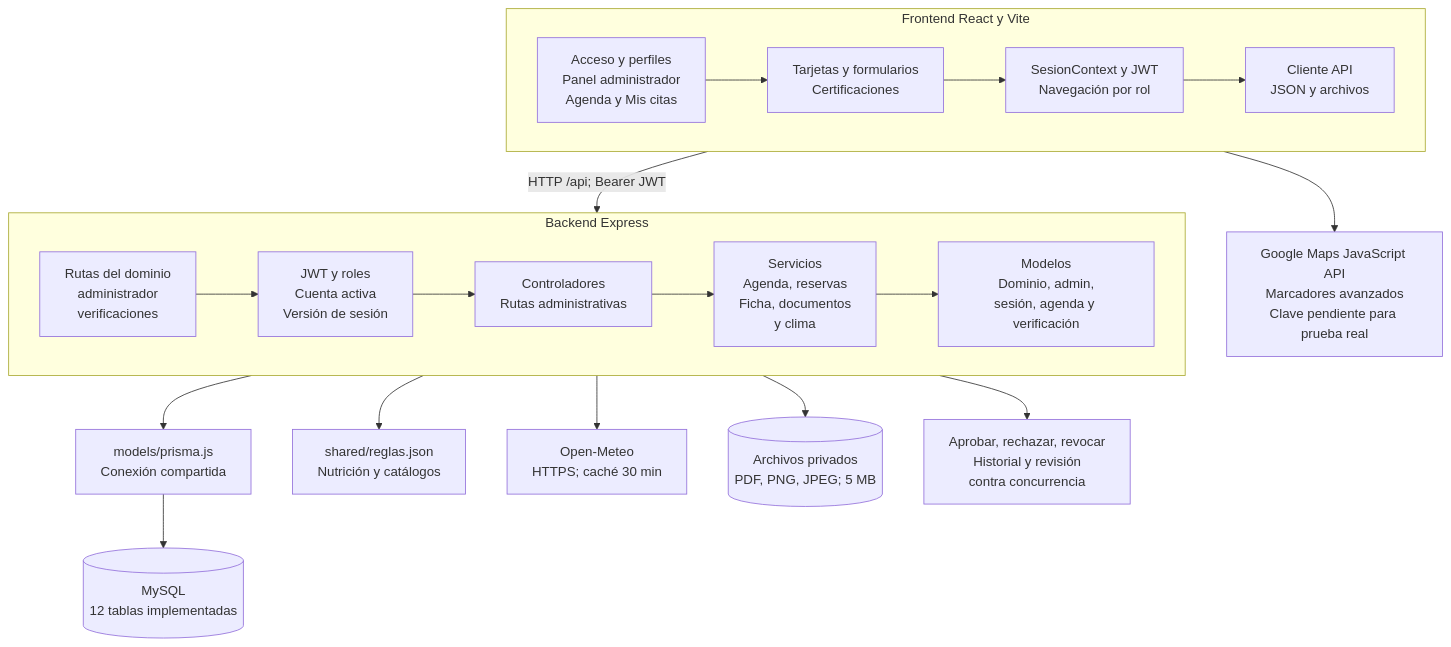
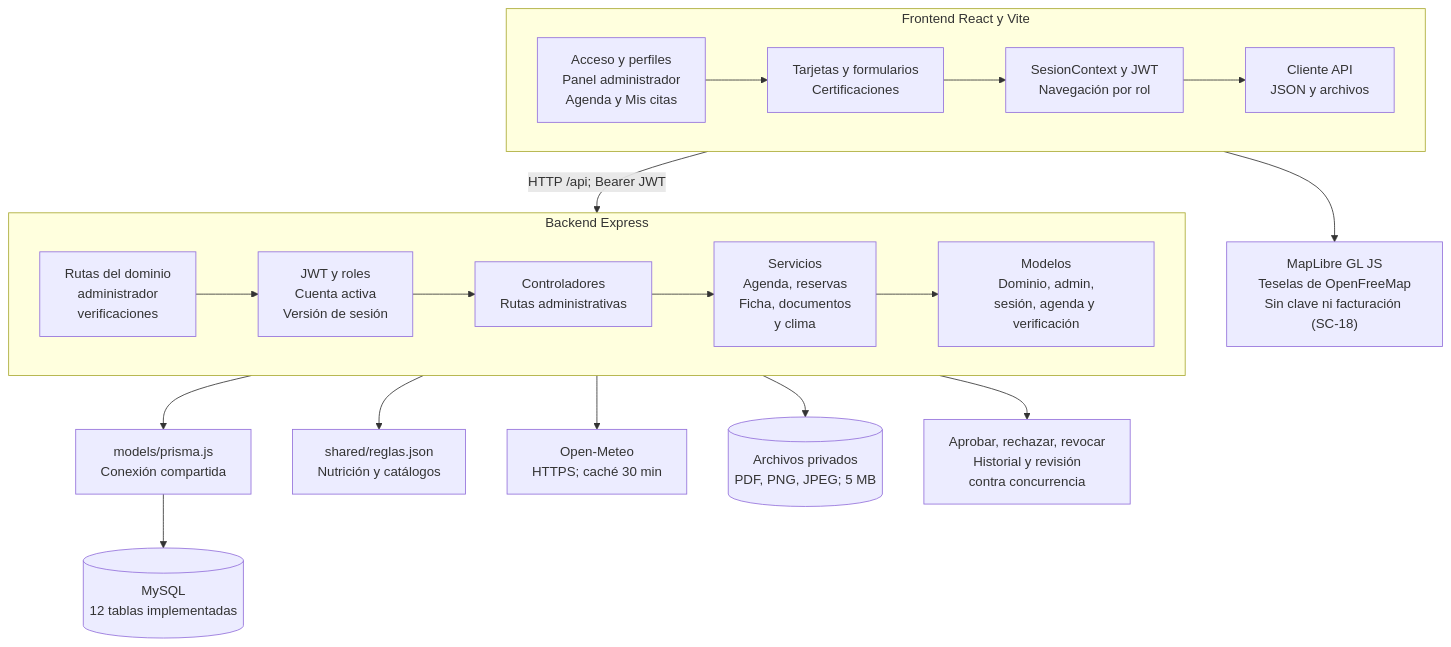
Before and after one commit to rodriacr/FitSearch: the diagram in FASE 2/Evidencias Proyecto/Evidencias de documentación/Diagramas (Miro)/Actualización Sprint 3/07_Vista_de_Desarrollo.mmd, drawn with Mermaid. The commit also changed 21 other files, not shown here.

Commit message:
SC-18: documenta el mapa con MapLibre y OpenFreeMap (DAS 1.23, matriz, casos, defectos 27 a 29, backlog, Guia 2.4 y control)

```diff
--- a/FASE 2/Evidencias Proyecto/Evidencias de documentación/Diagramas (Miro)/Actualización Sprint 3/07_Vista_de_Desarrollo.mmd
+++ b/FASE 2/Evidencias Proyecto/Evidencias de documentación/Diagramas (Miro)/Actualización Sprint 3/07_Vista_de_Desarrollo.mmd
@@ -1,26 +1,26 @@
 flowchart TB
   subgraph SPA[Frontend React y Vite]
     direction LR
     P["Acceso y perfiles<br/>Panel administrador<br/>Agenda y Mis citas"]
     C["Tarjetas y formularios<br/>Certificaciones"]
     S["SesionContext y JWT<br/>Navegación por rol"]
     A["Cliente API<br/>JSON y archivos"]
     P --> C --> S --> A
   end
   subgraph API[Backend Express]
     direction LR
     R["Rutas del dominio<br/>administrador<br/>verificaciones"]
     M["JWT y roles<br/>Cuenta activa<br/>Versión de sesión"]
     K["Controladores<br/>Rutas administrativas"]
     V["Servicios<br/>Agenda, reservas<br/>Ficha, documentos<br/>y clima"]
     D["Modelos<br/>Dominio, admin,<br/>sesión, agenda y verificación"]
     R --> M --> K --> V --> D
   end
   SPA -->|"HTTP /api; Bearer JWT"| API
   API --> PR["models/prisma.js<br/>Conexión compartida"]
   PR --> DB[("MySQL<br/>12 tablas implementadas")]
   API --> G["shared/reglas.json<br/>Nutrición y catálogos"]
   API --> O["Open-Meteo<br/>HTTPS; caché 30 min"]
   API --> F[("Archivos privados<br/>PDF, PNG, JPEG; 5 MB")]
   API --> N["Aprobar, rechazar, revocar<br/>Historial y revisión<br/>contra concurrencia"]
-  SPA --> GM["Google Maps JavaScript API<br/>Marcadores avanzados<br/>Clave pendiente para prueba real"]
+  SPA --> GM["MapLibre GL JS<br/>Teselas de OpenFreeMap<br/>Sin clave ni facturación (SC-18)"]
```
